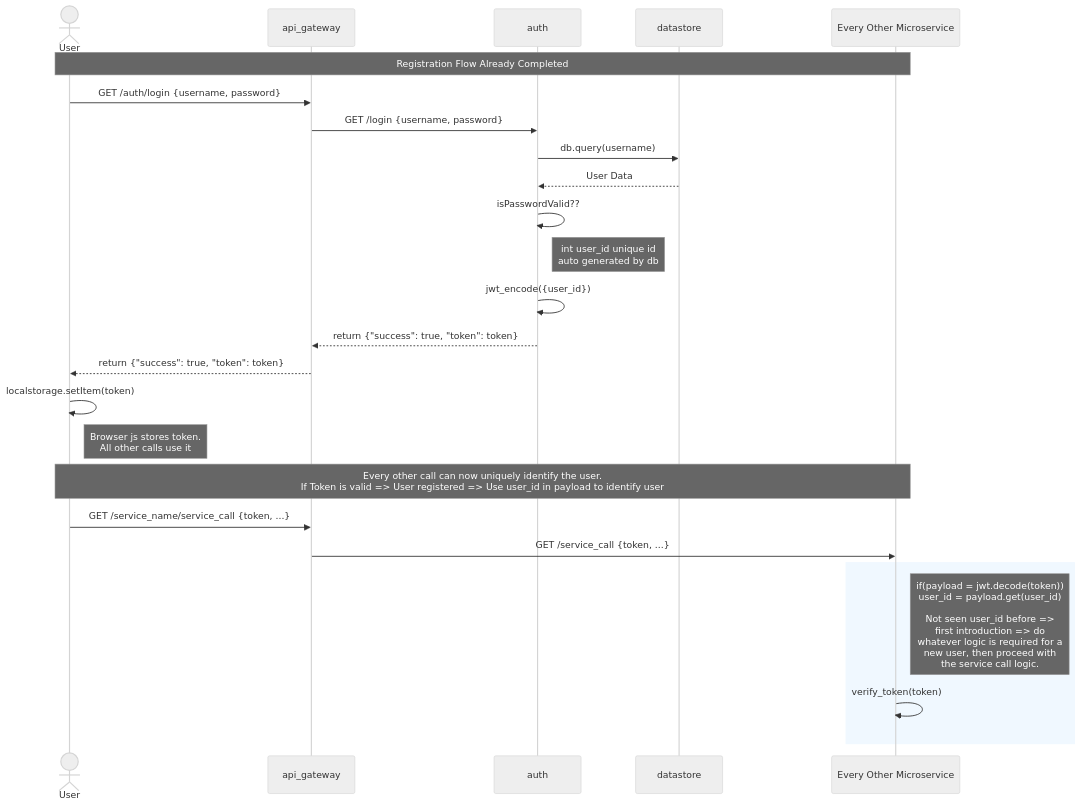
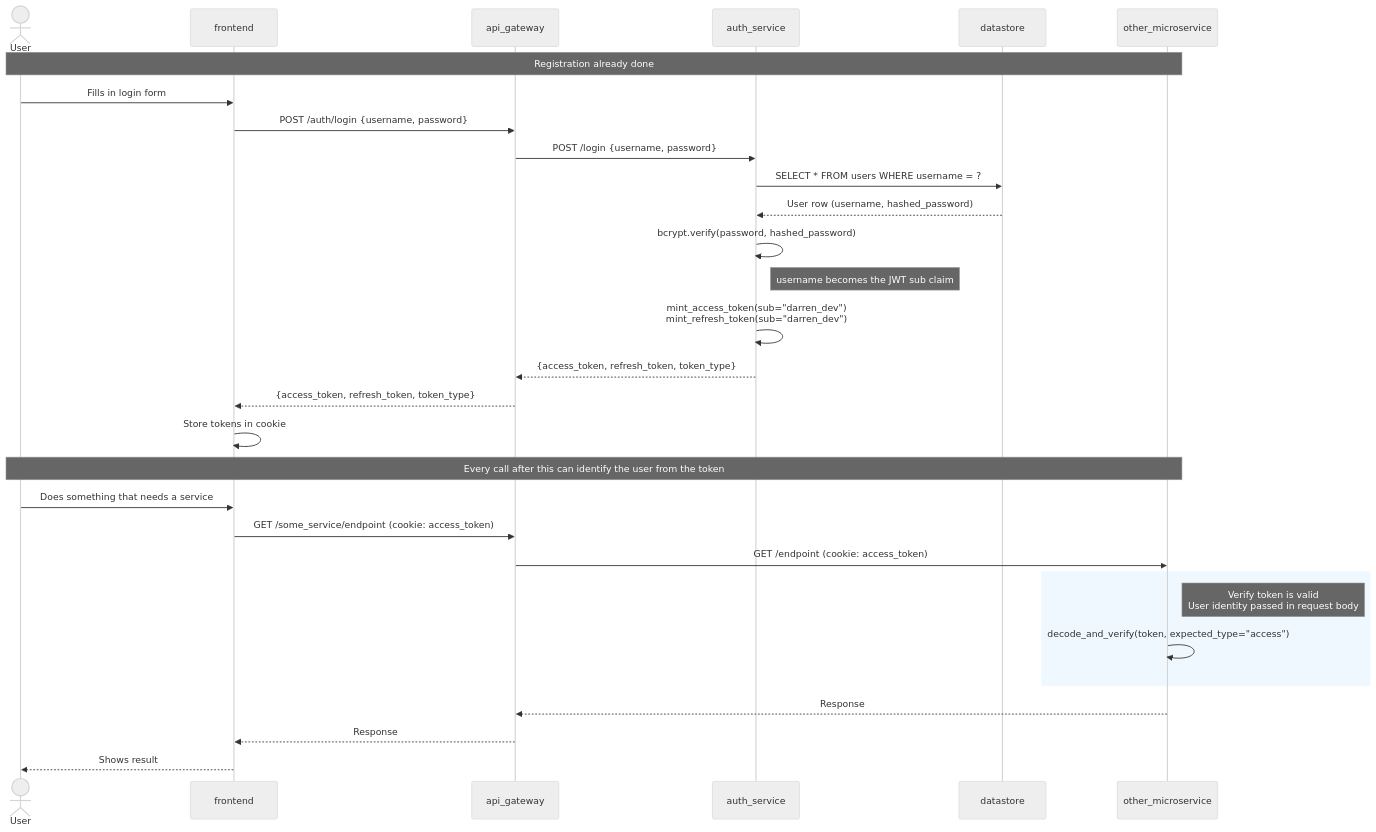
One commit to The-Parliment/cs3305_2026_team_8 changed the second of 3 diagrams in docs/auth/auth_design.md. Above: the diagram before and after it, drawn with Mermaid (neutral theme). The commit also changed other lines of this file and 17 other files, not shown here.

````diff
--- a/docs/auth/auth_design.md
+++ b/docs/auth/auth_design.md
@@ -11,35 +74,40 @@
 ```mermaid
 sequenceDiagram
     actor User
+    participant FE as frontend
     participant API as api_gateway
-    participant Auth as auth
+    participant Auth as auth_service
     participant DB as datastore
-    participant Service as Every Other Microservice
+    participant Service as other_microservice
 
-    Note over User, Service: Registration Flow Already Completed
+    Note over User, Service: Registration already done
 
-    User->>API: GET /auth/login {username, password}
-    API->>Auth: GET /login {username, password}
-    Auth->>DB: db.query(username)
-    DB-->>Auth: User Data
-    
-    Auth->>Auth: isPasswordValid??
-    Note right of Auth: int user_id unique id<br/>auto generated by db
-    
-    Auth->>Auth: jwt_encode({user_id})
-    Auth-->>API: return {"success": true, "token": token}
-    API-->>User: return {"success": true, "token": token}
+    User->>FE: Fills in login form
+    FE->>API: POST /auth/login {username, password}
+    API->>Auth: POST /login {username, password}
+    Auth->>DB: SELECT * FROM users WHERE username = ?
+    DB-->>Auth: User row (username, hashed_password)
 
-    User->>User: localstorage.setItem(token)
-    Note right of User: Browser js stores token.<br/>All other calls use it
+    Auth->>Auth: bcrypt.verify(password, hashed_password)
+    Note right of Auth: username becomes the JWT sub claim
 
-    Note over User, Service: Every other call can now uniquely identify the user.<br/>If Token is valid => User registered => Use user_id in payload to identify user
+    Auth->>Auth: mint_access_token(sub="darren_dev")<br/>mint_refresh_token(sub="darren_dev")
+    Auth-->>API: {access_token, refresh_token, token_type}
+    API-->>FE: {access_token, refresh_token, token_type}
+    FE->>FE: Store tokens in cookie
 
-    User->>API: GET /service_name/service_call {token, ...}
-    API->>Service: GET /service_call {token, ...}
-    
+    Note over User, Service: Every call after this can identify the user from the token
+
+    User->>FE: Does something that needs a service
+    FE->>API: GET /some_service/endpoint (cookie: access_token)
+    API->>Service: GET /endpoint (cookie: access_token)
+
     rect rgb(240, 248, 255)
-    Note right of Service: if(payload = jwt.decode(token))<br/>user_id = payload.get(user_id)<br/><br/>Not seen user_id before =><br/>first introduction => do<br/>whatever logic is required for a<br/>new user, then proceed with<br/>the service call logic.
-    Service->>Service: verify_token(token)
+        Note right of Service: Verify token is valid<br/>User identity passed in request body
+        Service->>Service: decode_and_verify(token, expected_type="access")
     end
+
+    Service-->>API: Response
+    API-->>FE: Response
+    FE-->>User: Shows result
 ```
````
